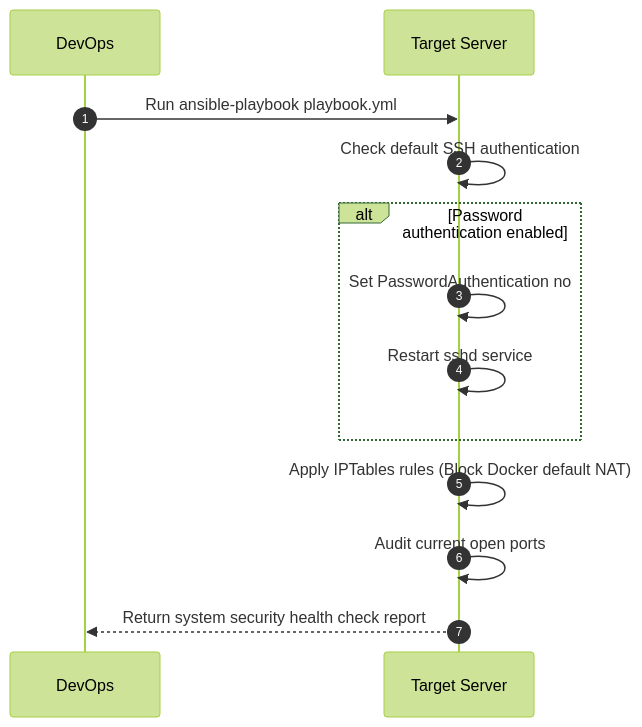
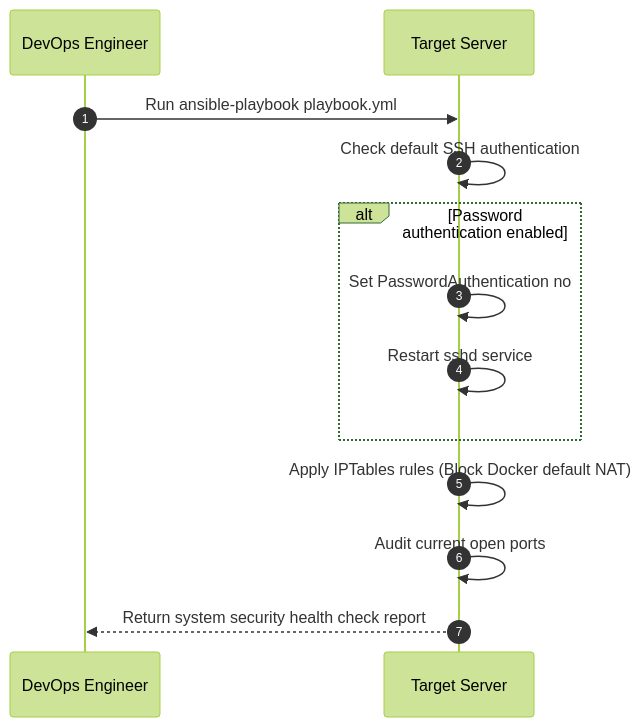
One commit to devcy0922/devcy0922.github.io changed the second of 2 diagrams in docs/projects/infra-security.md. Above: the diagram before and after it, drawn with Mermaid (forest theme). The commit also changed 49 other files, not shown here.

Commit message:
fix: remove image config, improve hero text style, and fix mermaid sequenceDiagram syntax

````diff
--- a/docs/projects/infra-security.md
+++ b/docs/projects/infra-security.md
@@ -45,13 +45,16 @@
 ```mermaid
 sequenceDiagram
     autonumber
-    DevOps->>Target Server: Run ansible-playbook playbook.yml
-    Target Server->>Target Server: Check default SSH authentication
+    participant DevOps as DevOps Engineer
+    participant Target as Target Server
+
+    DevOps->>Target: Run ansible-playbook playbook.yml
+    Target->>Target: Check default SSH authentication
     alt Password authentication enabled
-        Target Server->>Target Server: Set PasswordAuthentication no
-        Target Server->>Target Server: Restart sshd service
+        Target->>Target: Set PasswordAuthentication no
+        Target->>Target: Restart sshd service
     end
-    Target Server->>Target Server: Apply IPTables rules (Block Docker default NAT)
-    Target Server->>Target Server: Audit current open ports
-    Target Server-->>DevOps: Return system security health check report
+    Target->>Target: Apply IPTables rules (Block Docker default NAT)
+    Target->>Target: Audit current open ports
+    Target-->>DevOps: Return system security health check report
 ```
````
